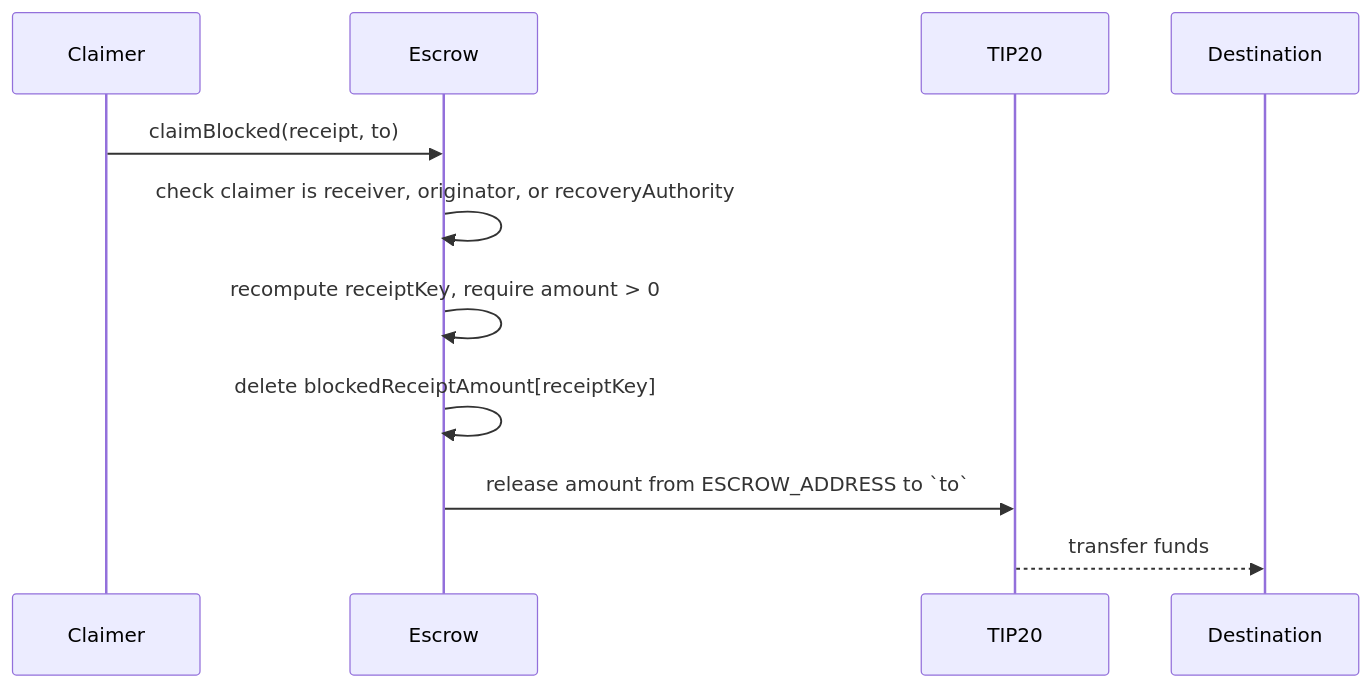
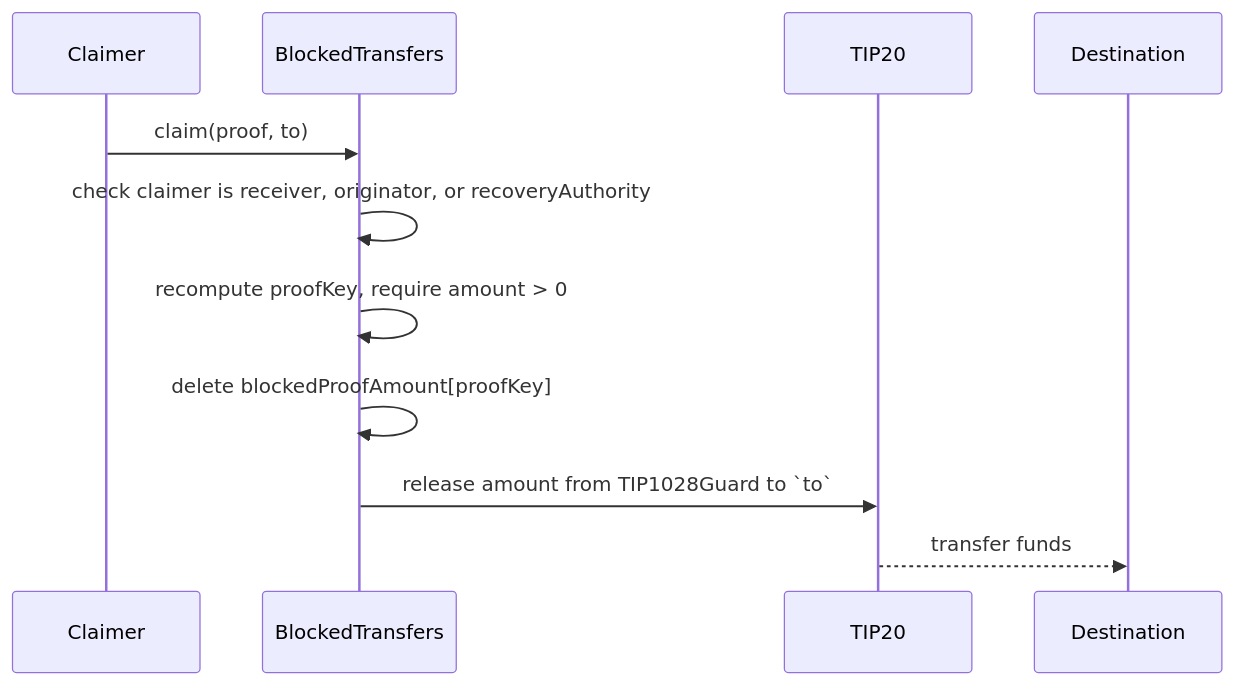
One commit to tempoxyz/tempo changed the second of 2 diagrams in tips/tip-1028.md. Above: the diagram before and after it, drawn with Mermaid. The commit also changed other lines of this file, not shown here.

First line of the commit message:
docs(tip-1028): rename for clarity (#3972)

````diff
--- a/tips/tip-1028.md
+++ b/tips/tip-1028.md
@@ -321,14 +323,14 @@
 ```mermaid
 sequenceDiagram
     participant Claimer
-    participant Escrow
+    participant BlockedTransfers
     participant TIP20
     participant Destination
 
-    Claimer->>Escrow: claimBlocked(receipt, to)
-    Escrow->>Escrow: check claimer is receiver, originator, or recoveryAuthority
-    Escrow->>Escrow: recompute receiptKey, require amount > 0
-    Escrow->>Escrow: delete blockedReceiptAmount[receiptKey]
-    Escrow->>TIP20: release amount from ESCROW_ADDRESS to `to`
+    Claimer->>BlockedTransfers: claim(proof, to)
+    BlockedTransfers->>BlockedTransfers: check claimer is receiver, originator, or recoveryAuthority
+    BlockedTransfers->>BlockedTransfers: recompute proofKey, require amount > 0
+    BlockedTransfers->>BlockedTransfers: delete blockedProofAmount[proofKey]
+    BlockedTransfers->>TIP20: release amount from TIP1028Guard to `to`
     TIP20-->>Destination: transfer funds
 ```
````
